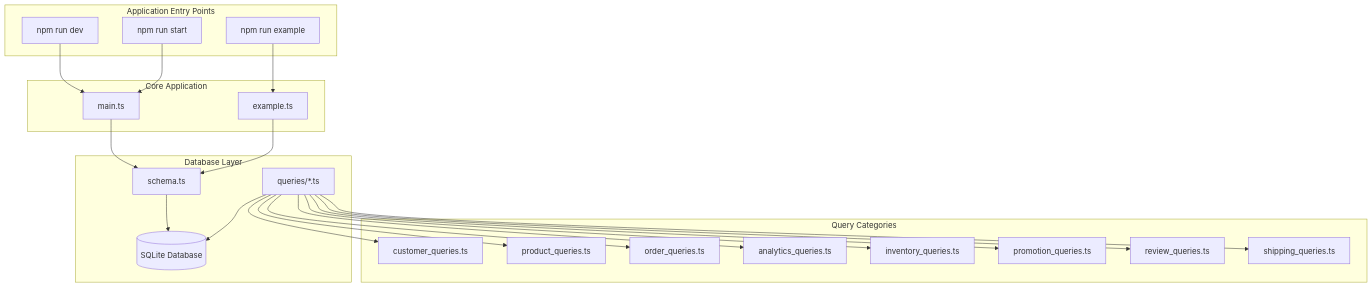
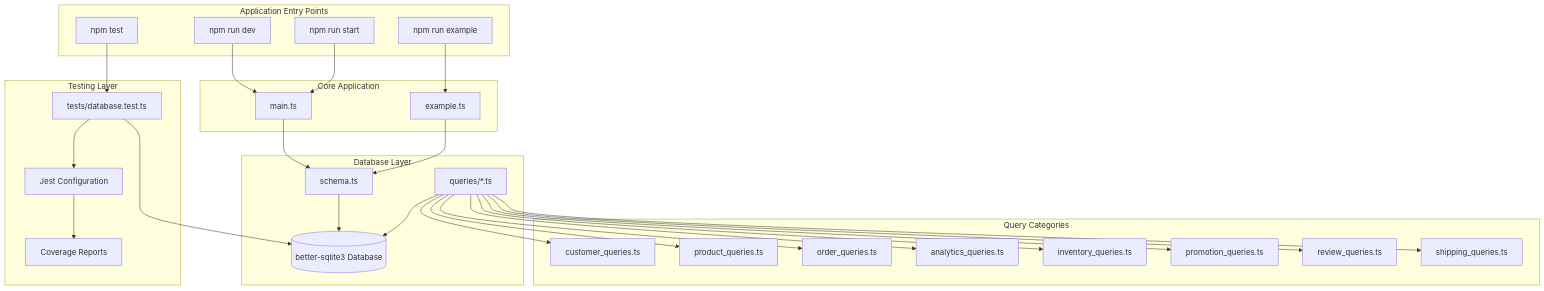
One commit to sbusanelli/claude-code-hooks-demo changed the third of 6 diagrams in ARCHITECTURE.md. Above: the diagram before and after it, drawn with Mermaid. The commit also changed other lines of this file and 28 other files, not shown here.

````diff
--- a/ARCHITECTURE.md
+++ b/ARCHITECTURE.md
@@ -114,49 +114,61 @@
 ```mermaid
 graph TD
     subgraph "Application Entry Points"
         ENTRY1[npm run dev]
         ENTRY2[npm run example]
         ENTRY3[npm run start]
+        ENTRY4[npm test]
     end
     
     subgraph "Core Application"
         MAINAPP[main.ts]
         EXAMPLEAPP[example.ts]
     end
     
     subgraph "Database Layer"
         SCHEMALAYER[schema.ts]
         QUERYLAYER[queries/*.ts]
-        DBLAYER[(SQLite Database)]
+        DBLAYER[(better-sqlite3 Database)]
     end
     
     subgraph "Query Categories"
         CUST[customer_queries.ts]
         PROD[product_queries.ts]
         ORDER[order_queries.ts]
         ANALYT[analytics_queries.ts]
         INV[inventory_queries.ts]
         PROM[promotion_queries.ts]
         REV[review_queries.ts]
         SHIP[shipping_queries.ts]
     end
     
+    subgraph "Testing Layer"
+        TESTSUITE[tests/database.test.ts]
+        JEST[Jest Configuration]
+        COVERAGE[Coverage Reports]
+    end
+    
     ENTRY1 --> MAINAPP
     ENTRY2 --> EXAMPLEAPP
     ENTRY3 --> MAINAPP
+    ENTRY4 --> TESTSUITE
     
     MAINAPP --> SCHEMALAYER
     EXAMPLEAPP --> SCHEMALAYER
     
     SCHEMALAYER --> DBLAYER
     QUERYLAYER --> DBLAYER
     
     QUERYLAYER --> CUST
     QUERYLAYER --> PROD
     QUERYLAYER --> ORDER
     QUERYLAYER --> ANALYT
     QUERYLAYER --> INV
     QUERYLAYER --> PROM
     QUERYLAYER --> REV
     QUERYLAYER --> SHIP
+    
+    TESTSUITE --> DBLAYER
+    TESTSUITE --> JEST
+    JEST --> COVERAGE
 ```
````
